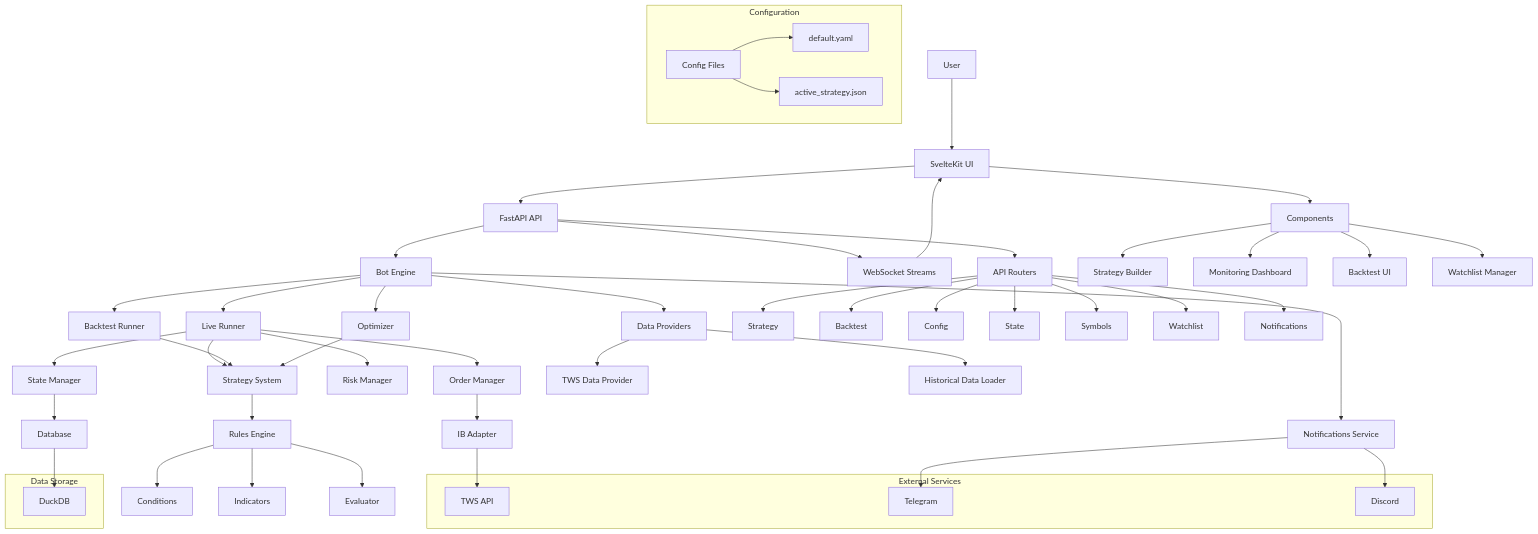
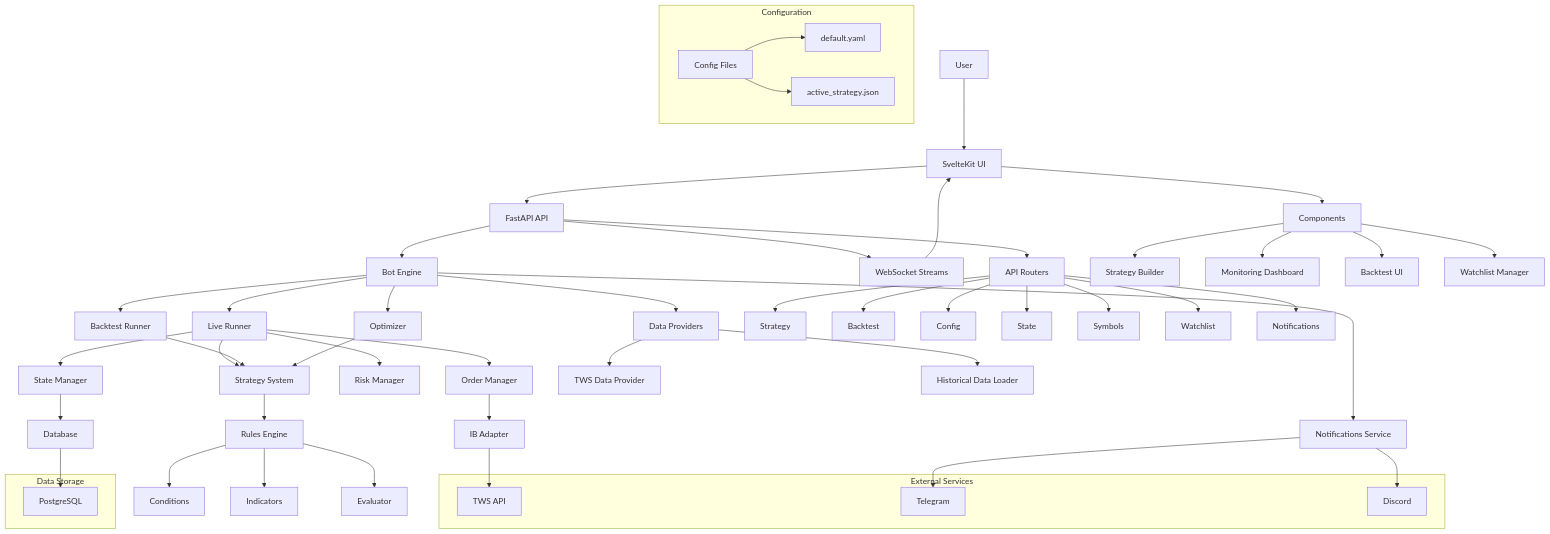
One commit to Boostao/tws_tradingbot changed the diagram in architecture.md. Above: the diagram before and after it, drawn with Mermaid. The commit also changed 36 other files, not shown here.

````diff
--- a/architecture.md
+++ b/architecture.md
@@ -5,70 +5,70 @@
 ```mermaid
 graph TD
     A[User] --> B[SvelteKit UI]
     B --> C[FastAPI API]
     C --> D[Bot Engine]
     C --> E[WebSocket Streams]
     E --> B
 
     D --> F[Live Runner]
     D --> G[Backtest Runner]
     D --> H[Optimizer]
 
     F --> I[Strategy System]
     G --> I
     H --> I
 
     I --> J[Rules Engine]
     J --> K[Conditions]
     J --> L[Indicators]
     J --> M[Evaluator]
 
     F --> N[Order Manager]
     F --> O[Risk Manager]
     F --> P[State Manager]
 
     N --> Q[IB Adapter]
     Q --> R[TWS API]
 
     P --> S[Database]
-    S --> T[DuckDB]
+    S --> T[PostgreSQL]
 
     D --> V[Data Providers]
     V --> W[TWS Data Provider]
     V --> X[Historical Data Loader]
 
     C --> Y[API Routers]
     Y --> Z[Strategy]
     Y --> AA[Backtest]
     Y --> BB[Config]
     Y --> CC[State]
     Y --> DD[Symbols]
     Y --> EE[Watchlist]
     Y --> FF[Notifications]
 
     B --> GG[Components]
     GG --> HH[Strategy Builder]
     GG --> II[Monitoring Dashboard]
     GG --> JJ[Backtest UI]
     GG --> KK[Watchlist Manager]
 
     D --> LL[Notifications Service]
     LL --> MM[Telegram]
     LL --> NN[Discord]
 
     subgraph "External Services"
         R
         MM
         NN
     end
 
     subgraph "Data Storage"
         T
     end
 
     subgraph "Configuration"
         OO[Config Files]
         OO --> PP[default.yaml]
         OO --> QQ[active_strategy.json]
     end
 ```
````
